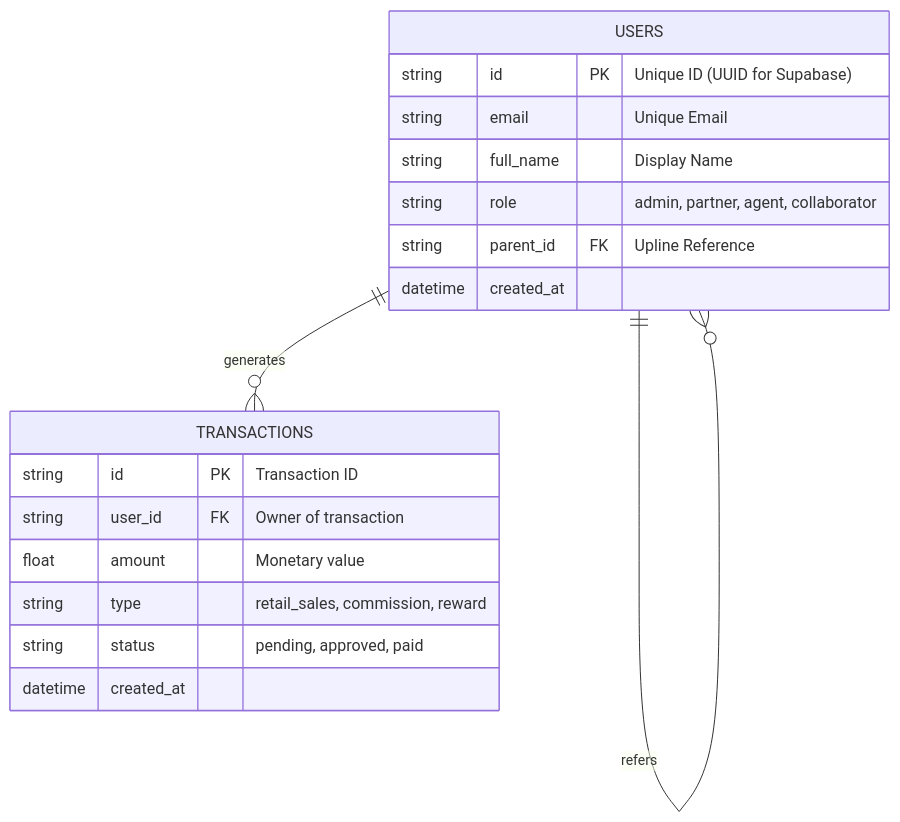
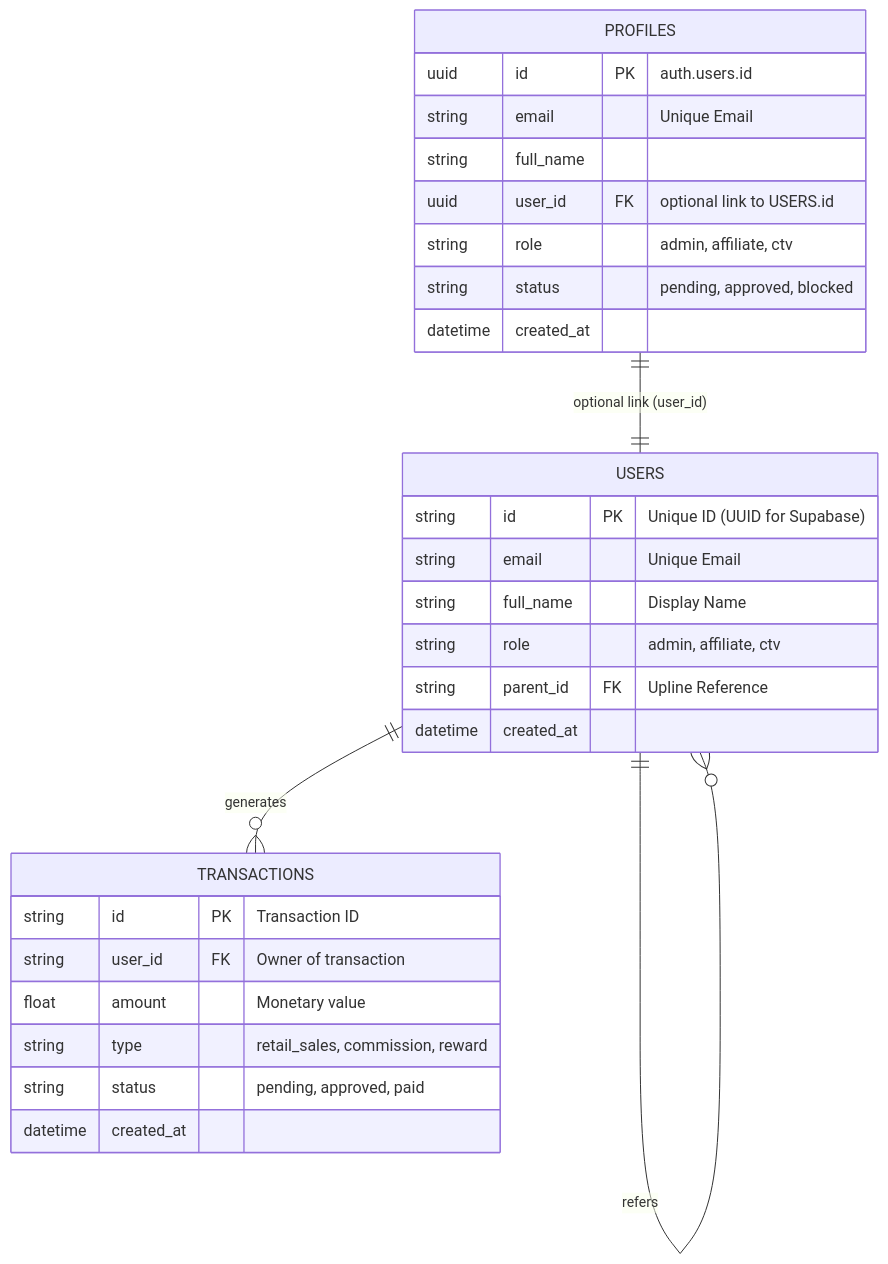
The diagram in spec/database_schema.md (rtavytran/rt-commission-dashboard), drawn with Mermaid before and after one commit. The commit also changed other lines of this file and 21 other files, not shown here.

````diff
--- a/spec/database_schema.md
+++ b/spec/database_schema.md
@@ -8,23 +9,34 @@
 ```mermaid
 erDiagram
     USERS ||--o{ TRANSACTIONS : "generates"
     USERS ||--o{ USERS : "refers"
+    PROFILES ||--|| USERS : "optional link (user_id)"
 
     USERS {
         string id PK "Unique ID (UUID for Supabase)"
         string email "Unique Email"
         string full_name "Display Name"
-        string role "admin, partner, agent, collaborator"
+        string role "admin, affiliate, ctv"
         string parent_id FK "Upline Reference"
+        datetime created_at
+    }
+
+    PROFILES {
+        uuid id PK "auth.users.id"
+        string email "Unique Email"
+        string full_name
+        uuid user_id FK "optional link to USERS.id"
+        string role "admin, affiliate, ctv"
+        string status "pending, approved, blocked"
         datetime created_at
     }
 
     TRANSACTIONS {
         string id PK "Transaction ID"
         string user_id FK "Owner of transaction"
         float amount "Monetary value"
         string type "retail_sales, commission, reward"
         string status "pending, approved, paid"
         datetime created_at
     }
 ```
````
